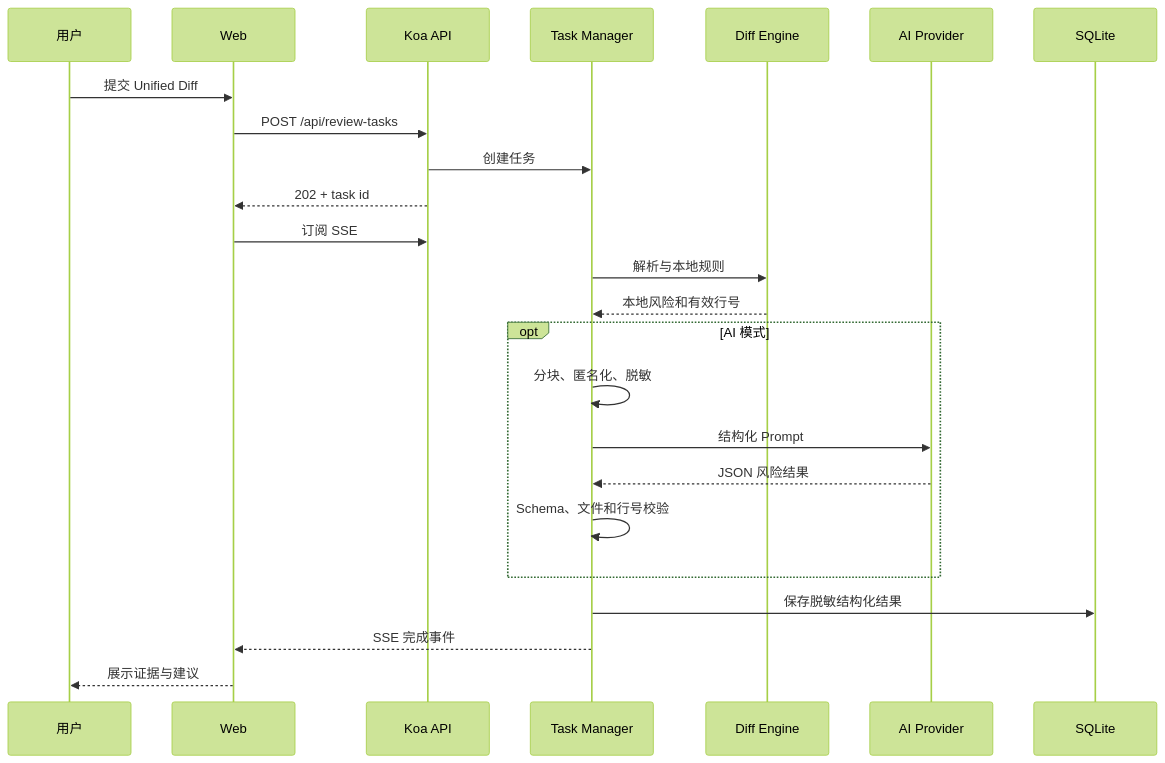
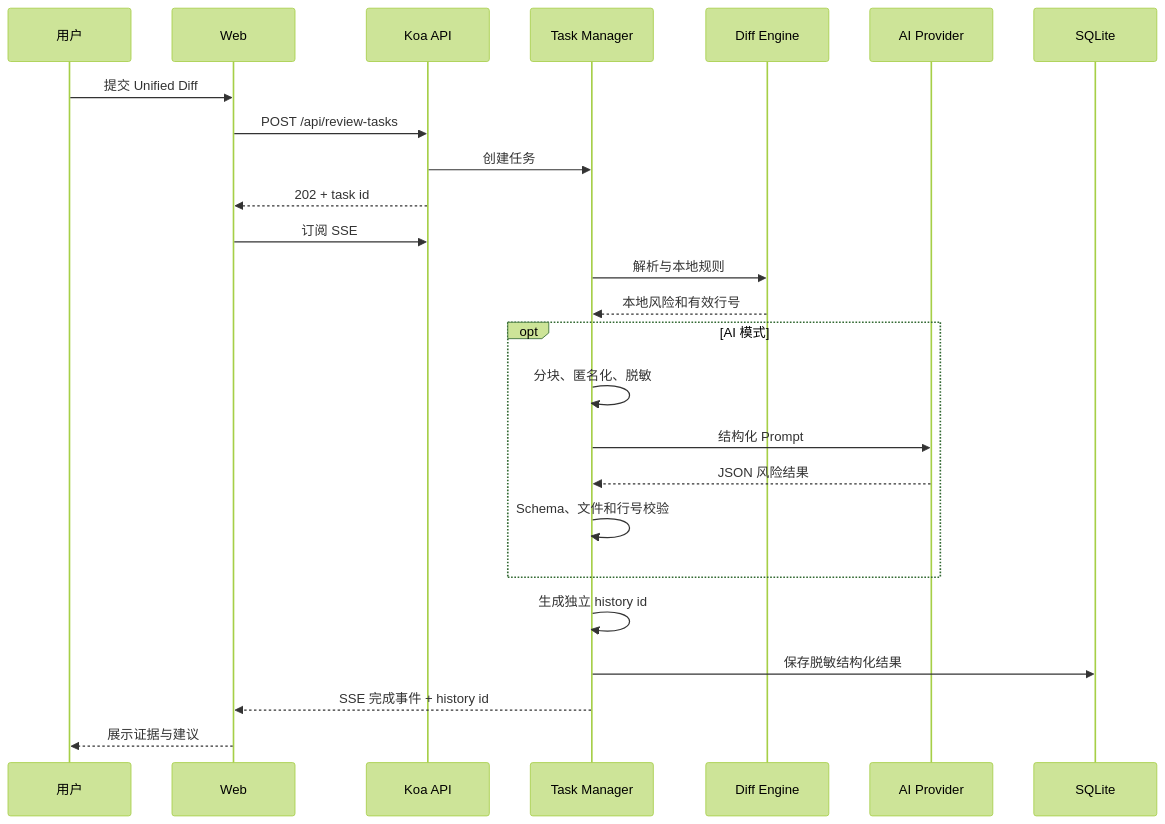
Before and after one commit to wangyuan1021/ai-diff-reviewer: the second of 2 diagrams in docs/ARCHITECTURE.md, drawn with Mermaid (forest theme). The commit also changed other lines of this file and 13 other files, not shown here.

````diff
--- a/docs/ARCHITECTURE.md
+++ b/docs/ARCHITECTURE.md
@@ -39,27 +39,28 @@
 ```mermaid
 sequenceDiagram
     participant U as 用户
     participant W as Web
     participant A as Koa API
     participant T as Task Manager
     participant E as Diff Engine
     participant P as AI Provider
     participant D as SQLite
 
     U->>W: 提交 Unified Diff
     W->>A: POST /api/review-tasks
     A->>T: 创建任务
     A-->>W: 202 + task id
     W->>A: 订阅 SSE
     T->>E: 解析与本地规则
     E-->>T: 本地风险和有效行号
     opt AI 模式
       T->>T: 分块、匿名化、脱敏
       T->>P: 结构化 Prompt
       P-->>T: JSON 风险结果
       T->>T: Schema、文件和行号校验
     end
+    T->>T: 生成独立 history id
     T->>D: 保存脱敏结构化结果
-    T-->>W: SSE 完成事件
+    T-->>W: SSE 完成事件 + history id
     W-->>U: 展示证据与建议
 ```
````
